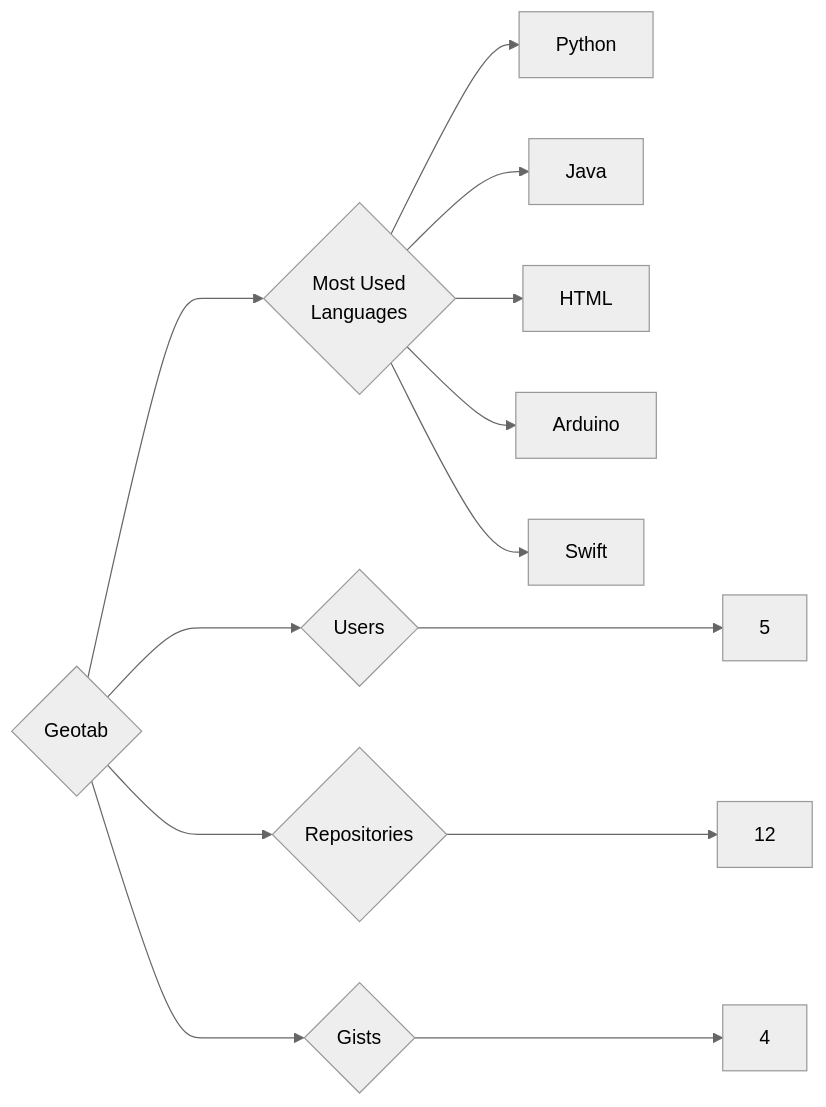
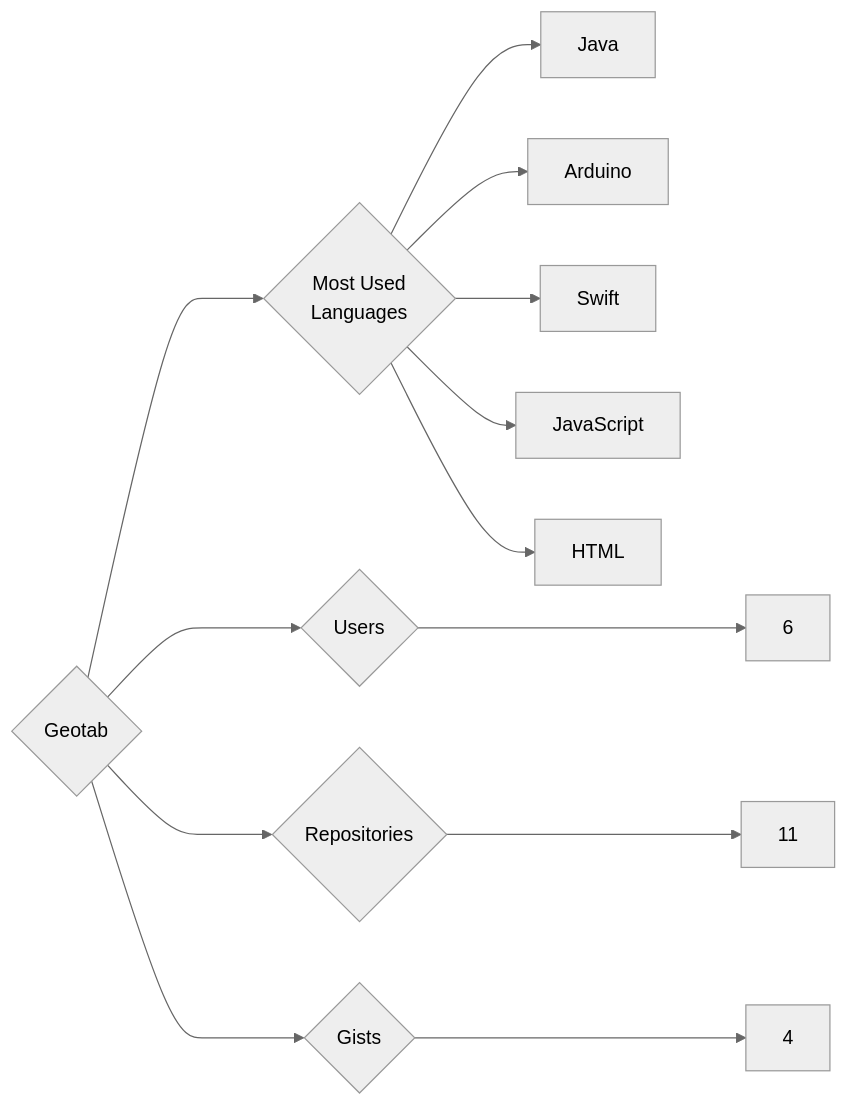
The diagram in targets/Geotab/README.md (trickest/insiders), drawn with Mermaid (neutral theme) before and after one commit. The commit also changed 1212 other files, not shown here.

````diff
--- a/targets/Geotab/README.md
+++ b/targets/Geotab/README.md
@@ -3,13 +3,13 @@
 ```mermaid
 graph LR
 COMPANY_NAME{Geotab}
-COMPANY_NAME ---> U{Users} ---> UN[5]
-COMPANY_NAME ---> R{Repositories} ---> RN[12]
+COMPANY_NAME ---> U{Users} ---> UN[6]
+COMPANY_NAME ---> R{Repositories} ---> RN[11]
 COMPANY_NAME ---> G{Gists} ---> GN[4]
 COMPANY_NAME ---> ML{Most Used<br>Languages}
-ML --> Python[Python]
 ML --> Java[Java]
-ML --> HTML[HTML]
 ML --> Arduino[Arduino]
 ML --> Swift[Swift]
+ML --> JavaScript[JavaScript]
+ML --> HTML[HTML]
 ```
````
